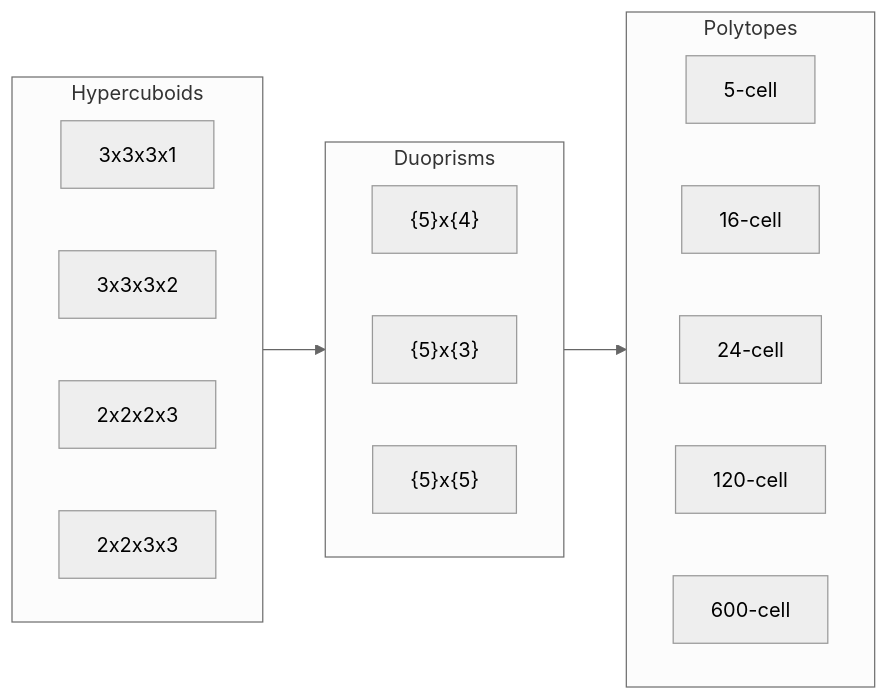
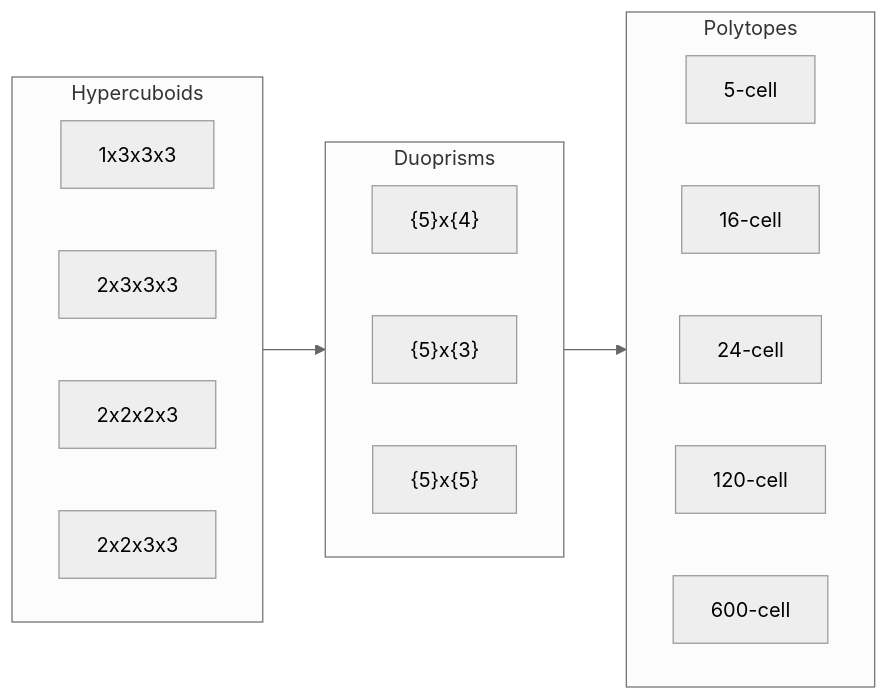
The second of 4 diagrams in docs/progression.md (Hypercubers/hypercubing.xyz), drawn with Mermaid (neutral theme) before and after one commit. The commit also changed 10 other files, not shown here.

````diff
--- a/docs/progression.md
+++ b/docs/progression.md
@@ -31,31 +31,29 @@
 ```mermaid
 flowchart LR
     Hypercuboids --> Duoprisms --> Polytopes
-    
 
     subgraph Polytopes
     direction LR
     Q[5-cell]
     R[16-cell]
     S[24-cell]
     T[120-cell]
     U[600-cell]
     end
 
     subgraph Duoprisms
     direction LR
     Z["{5}x{4}"]
     Y["{5}x{3}"]
     X["{5}x{5}"]
     end
 
     subgraph Hypercuboids
     direction LR
-    D[3x3x3x1]
-    E[3x3x3x2]
+    D[1x3x3x3]
+    E[2x3x3x3]
     F[2x2x2x3]
     G[2x2x3x3]
     end
 
-    
 ```
````
